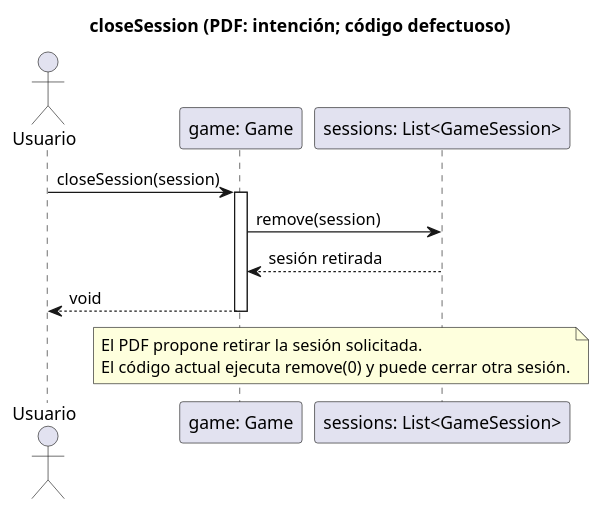
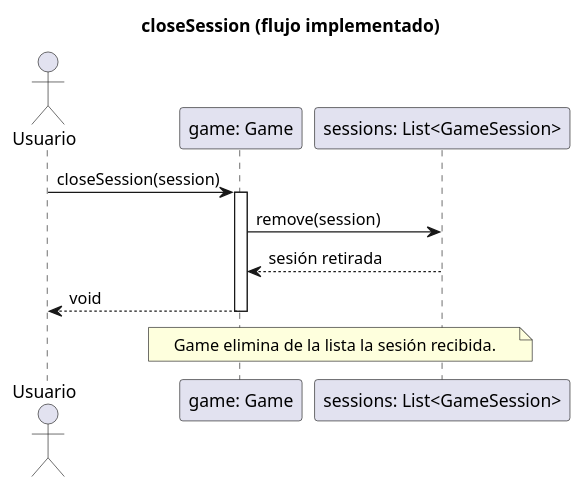
The second of 9 diagrams in docs/uml/domain-sequences.puml (PaglkG/ProyectoFinal-Dopo), drawn with PlantUML before and after one commit. The commit also changed other lines of this file and 59 other files, not shown here.

```diff
--- a/docs/uml/domain-sequences.puml
+++ b/docs/uml/domain-sequences.puml
@@ -10,14 +10,13 @@
 @startuml
-title closeSession (PDF: intención; código defectuoso)
+title closeSession (flujo implementado)
 actor Usuario
 participant "game: Game" as G
 participant "sessions: List<GameSession>" as L
 Usuario -> G ++: closeSession(session)
 G -> L: remove(session)
 L --> G: sesión retirada
 G --> Usuario --: void
 note over G,L
-  El PDF propone retirar la sesión solicitada.
-  El código actual ejecuta remove(0) y puede cerrar otra sesión.
+  Game elimina de la lista la sesión recibida.
 end note
 @enduml
```
